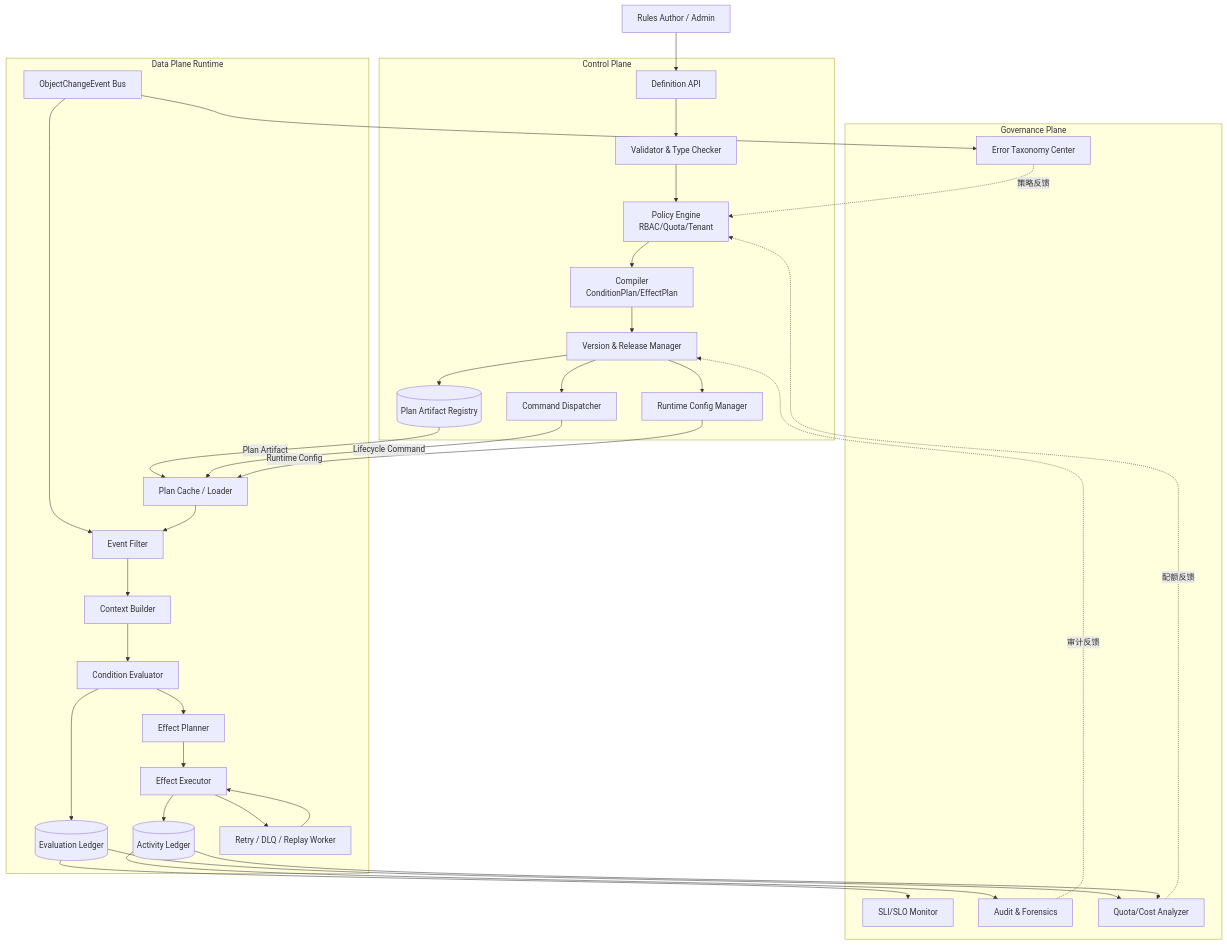
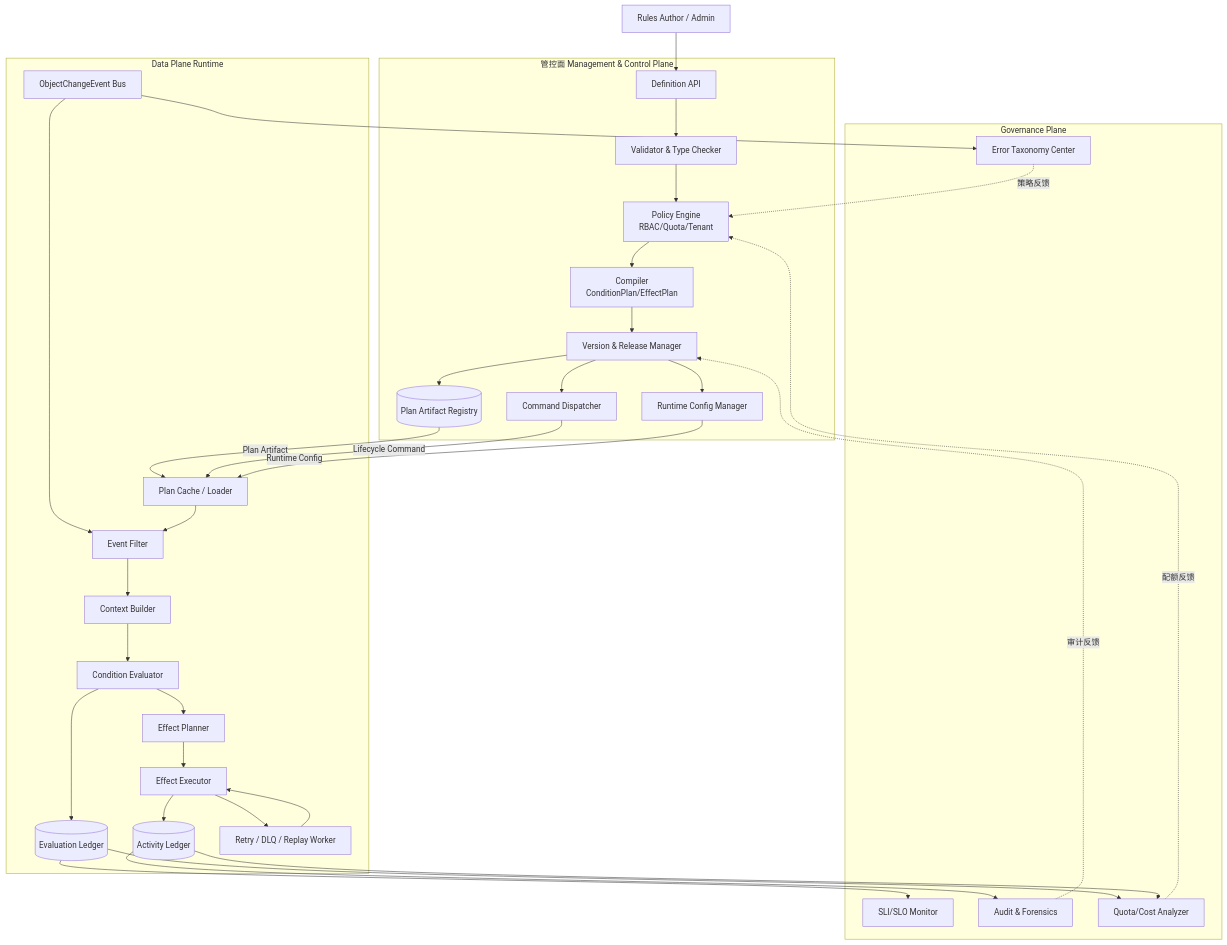
One commit to littleDrew/ontology changed the first of 4 diagrams in docs/object_monitor/object_monitor_design_general.md. Above: the diagram before and after it, drawn with Mermaid. The commit also changed other lines of this file, not shown here.

````diff
--- a/docs/object_monitor/object_monitor_design_general.md
+++ b/docs/object_monitor/object_monitor_design_general.md
@@ -61,68 +61,68 @@
 ```mermaid
 graph TD
     U[Rules Author / Admin]
 
-    subgraph CP[Control Plane]
+    subgraph CP[管控面 Management & Control Plane]
       CP1[Definition API]
       CP2[Validator & Type Checker]
       CP3[Policy Engine
 RBAC/Quota/Tenant]
       CP4[Compiler
 ConditionPlan/EffectPlan]
       CP5[Version & Release Manager]
       CP6[(Plan Artifact Registry)]
       CP7[Command Dispatcher]
       CP8[Runtime Config Manager]
     end
 
     subgraph DP[Data Plane Runtime]
       DP1[ObjectChangeEvent Bus]
       DP2[Plan Cache / Loader]
       DP3[Event Filter]
       DP4[Context Builder]
       DP5[Condition Evaluator]
       DP6[Effect Planner]
       DP7[Effect Executor]
       DP8[(Evaluation Ledger)]
       DP9[(Activity Ledger)]
       DP10[Retry / DLQ / Replay Worker]
     end
 
     subgraph GP[Governance Plane]
       G1[SLI/SLO Monitor]
       G2[Error Taxonomy Center]
       G3[Audit & Forensics]
       G4[Quota/Cost Analyzer]
     end
 
-    %% 控制面内部逻辑关系
+    %% 管控面内部逻辑关系
     U --> CP1
     CP1 --> CP2 --> CP3 --> CP4 --> CP5
     CP5 --> CP6
     CP5 --> CP7
     CP5 --> CP8
 
-    %% 控制面 -> 数据面三通道
+    %% 管控面 -> 数据面三通道
     CP6 -- Plan Artifact --> DP2
     CP7 -- Lifecycle Command --> DP2
     CP8 -- Runtime Config --> DP2
 
     %% 数据面核心逻辑关系（非严格时序）
     DP1 --> DP3
     DP2 --> DP3
     DP3 --> DP4 --> DP5 --> DP6 --> DP7
     DP5 --> DP8
     DP7 --> DP9
     DP7 --> DP10
     DP10 --> DP7
 
     %% 治理面观测与反馈
     DP8 --> G1
     DP9 --> G3
     DP1 --> G2
     DP8 --> G4
     DP9 --> G4
     G2 -. 策略反馈 .-> CP3
     G4 -. 配额反馈 .-> CP3
     G3 -. 审计反馈 .-> CP5
 ```
````
